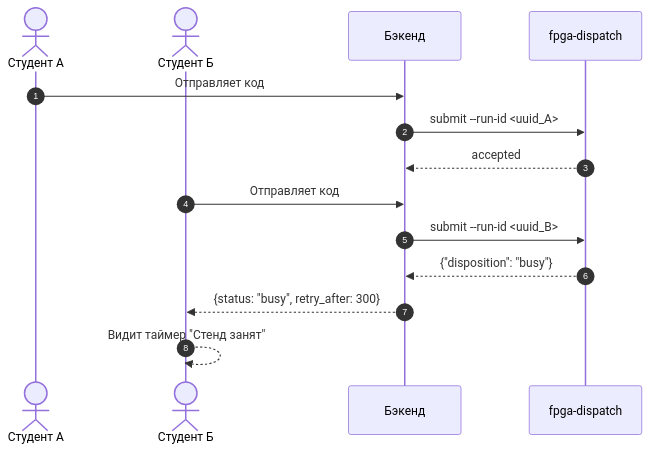
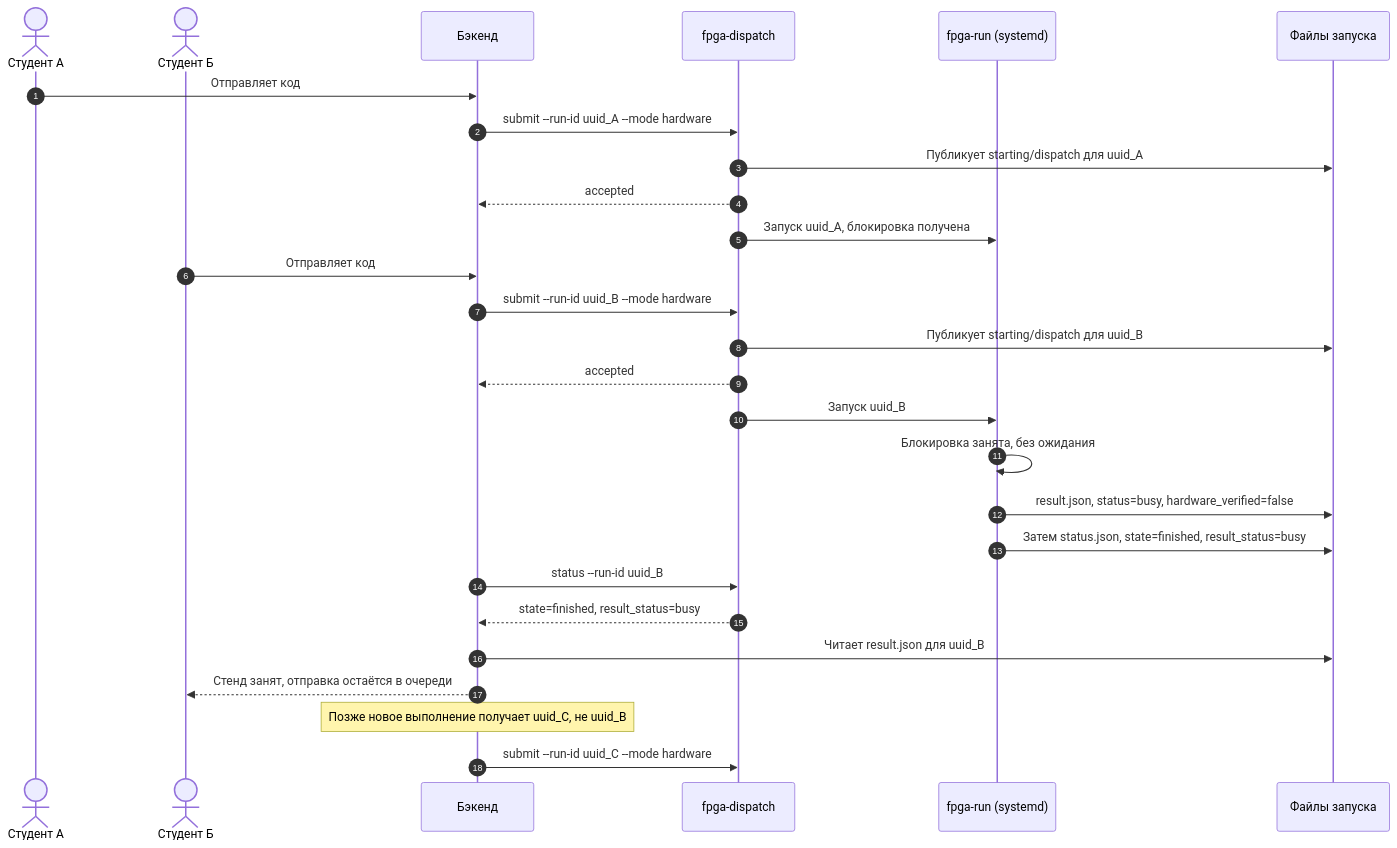
Before and after one commit to quevexvv/FPGA-online-platform: the third of 8 diagrams in docs/Diagrams.md, drawn with Mermaid. The commit also changed other lines of this file and 5 other files, not shown here.

````diff
--- a/docs/Diagrams.md
+++ b/docs/Diagrams.md
@@ -74,18 +97,31 @@
 ```mermaid
 sequenceDiagram
     autonumber
     actor StudentA as Студент А
     actor StudentB as Студент Б
     participant BE as Бэкенд
     participant Disp as fpga-dispatch
+    participant Run as fpga-run (systemd)
+    participant FS as Файлы запуска
 
     StudentA->>BE: Отправляет код
-    BE->>Disp: submit --run-id <uuid_A>
+    BE->>Disp: submit --run-id uuid_A --mode hardware
+    Disp->>FS: Публикует starting/dispatch для uuid_A
     Disp-->>BE: accepted
-    
+    Disp->>Run: Запуск uuid_A, блокировка получена
+
     StudentB->>BE: Отправляет код
-    BE->>Disp: submit --run-id <uuid_B>
-    Disp-->>BE: {"disposition": "busy"}
-    BE-->>StudentB: {status: "busy", retry_after: 300}
-    StudentB-->>StudentB: Видит таймер "Стенд занят"
+    BE->>Disp: submit --run-id uuid_B --mode hardware
+    Disp->>FS: Публикует starting/dispatch для uuid_B
+    Disp-->>BE: accepted
+    Disp->>Run: Запуск uuid_B
+    Run->>Run: Блокировка занята, без ожидания
+    Run->>FS: result.json, status=busy, hardware_verified=false
+    Run->>FS: Затем status.json, state=finished, result_status=busy
+    BE->>Disp: status --run-id uuid_B
+    Disp-->>BE: state=finished, result_status=busy
+    BE->>FS: Читает result.json для uuid_B
+    BE-->>StudentB: Стенд занят, отправка остаётся в очереди
+    Note over BE: Позже новое выполнение получает uuid_C, не uuid_B
+    BE->>Disp: submit --run-id uuid_C --mode hardware
 ```
````
